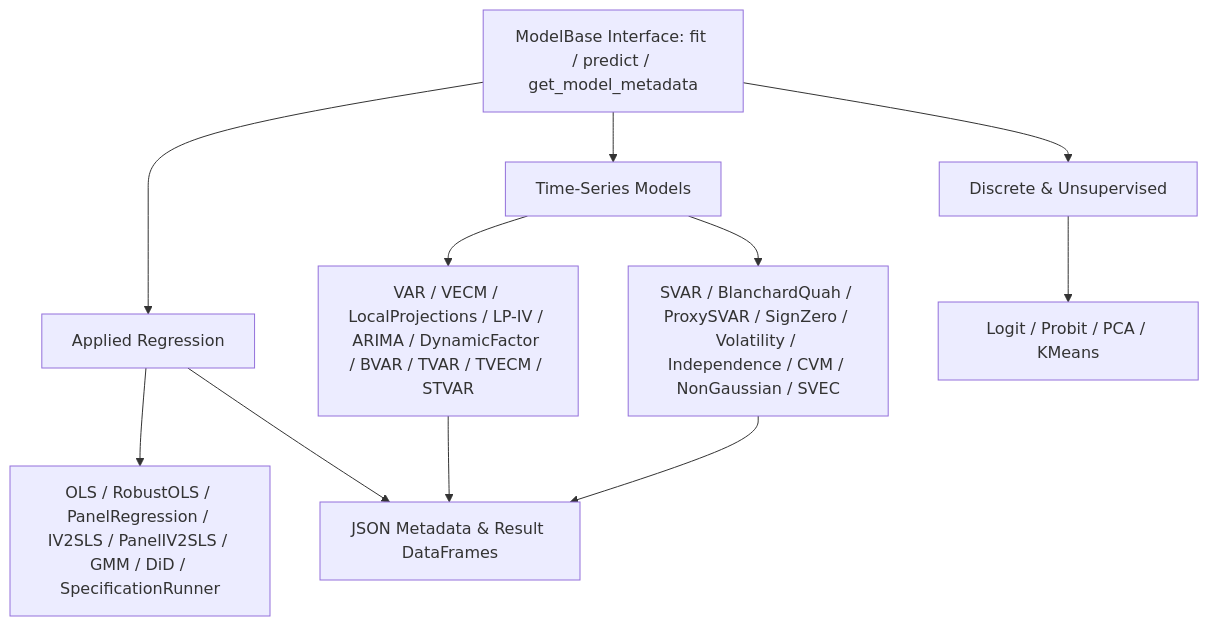
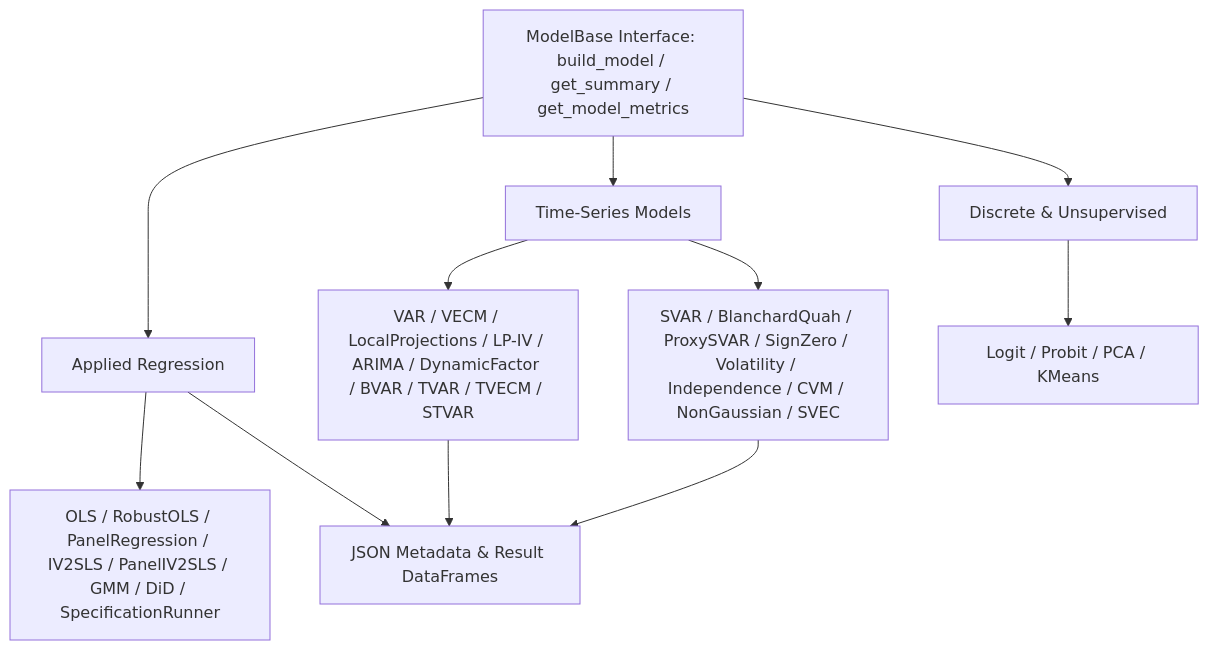
The third of 4 diagrams in docs/library/architecture.md (corybaird/stats-transformer), drawn with Mermaid before and after one commit. The commit also changed other lines of this file, not shown here.

Commit message:
DOCS correct ModelBase contract and model count in architecture.md

````diff
--- a/docs/library/architecture.md
+++ b/docs/library/architecture.md
@@ -125,15 +125,15 @@
 ```mermaid
 flowchart TD
-    MB[ModelBase Interface: fit / predict / get_model_metadata] --> REG[Applied Regression]
+    MB[ModelBase Interface: build_model / get_summary / get_model_metrics] --> REG[Applied Regression]
     MB --> TS[Time-Series Models]
     MB --> UNSUP[Discrete & Unsupervised]
 
     REG --> OLS[OLS / RobustOLS / PanelRegression / IV2SLS / PanelIV2SLS / GMM / DiD / SpecificationRunner]
     TS --> VAR[VAR / VECM / LocalProjections / LP-IV / ARIMA / DynamicFactor / BVAR / TVAR / TVECM / STVAR]
     TS --> SVAR[SVAR / BlanchardQuah / ProxySVAR / SignZero / Volatility / Independence / CVM / NonGaussian / SVEC]
     UNSUP --> DIS[Logit / Probit / PCA / KMeans]
 
     VAR --> META[JSON Metadata & Result DataFrames]
     SVAR --> META
     REG --> META
 ```
````
